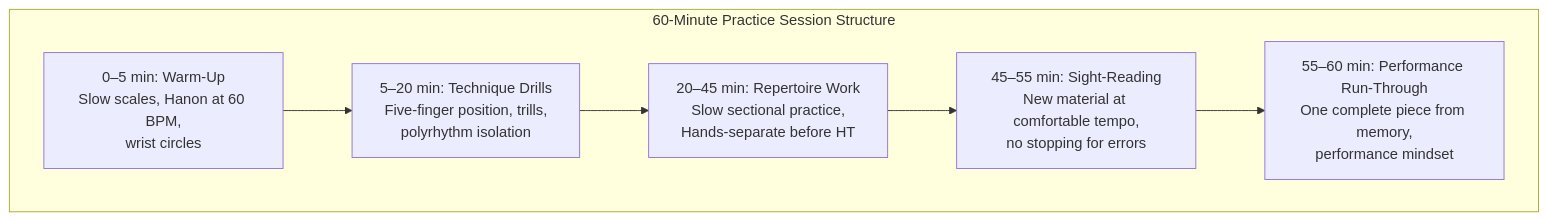
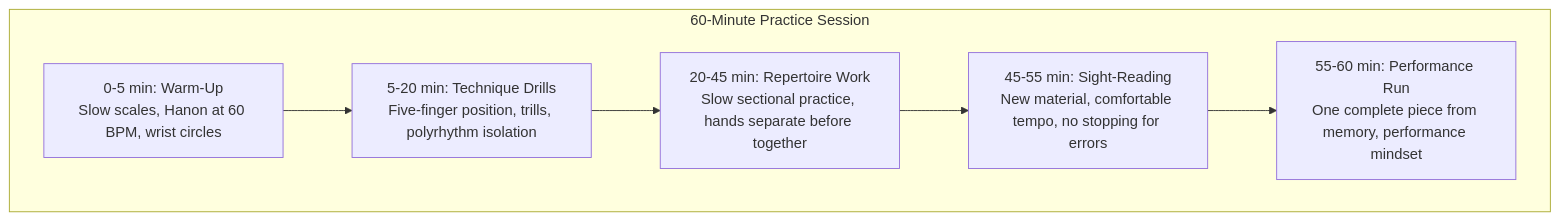
The fifth of 6 diagrams in topics/arts/music_performance/piano/labs.md (blebleblee/synapse), drawn with Mermaid before and after one commit. The commit also changed other lines of this file and 4 other files, not shown here.

````diff
--- a/topics/arts/music_performance/piano/labs.md
+++ b/topics/arts/music_performance/piano/labs.md
@@ -579,12 +510,12 @@
 ```mermaid
 graph TD
-    subgraph sub_session ["60-Minute Practice Session Structure"]
-        W["0–5 min: Warm-Up\nSlow scales, Hanon at 60 BPM,\nwrist circles"]
-        T["5–20 min: Technique Drills\nFive-finger position, trills,\npolyrhythm isolation"]
-        R["20–45 min: Repertoire Work\nSlow sectional practice,\nHands-separate before HT"]
-        S["45–55 min: Sight-Reading\nNew material at comfortable tempo,\nno stopping for errors"]
-        P["55–60 min: Performance Run-Through\nOne complete piece from memory,\nperformance mindset"]
+    subgraph sub_session ["60-Minute Practice Session"]
+        W["0-5 min: Warm-Up<br/>Slow scales, Hanon at 60 BPM, wrist circles"]
+        T["5-20 min: Technique Drills<br/>Five-finger position, trills, polyrhythm isolation"]
+        R["20-45 min: Repertoire Work<br/>Slow sectional practice, hands separate before together"]
+        S["45-55 min: Sight-Reading<br/>New material, comfortable tempo, no stopping for errors"]
+        P["55-60 min: Performance Run<br/>One complete piece from memory, performance mindset"]
     end
 
     W --> T --> R --> S --> P
 ```
````
